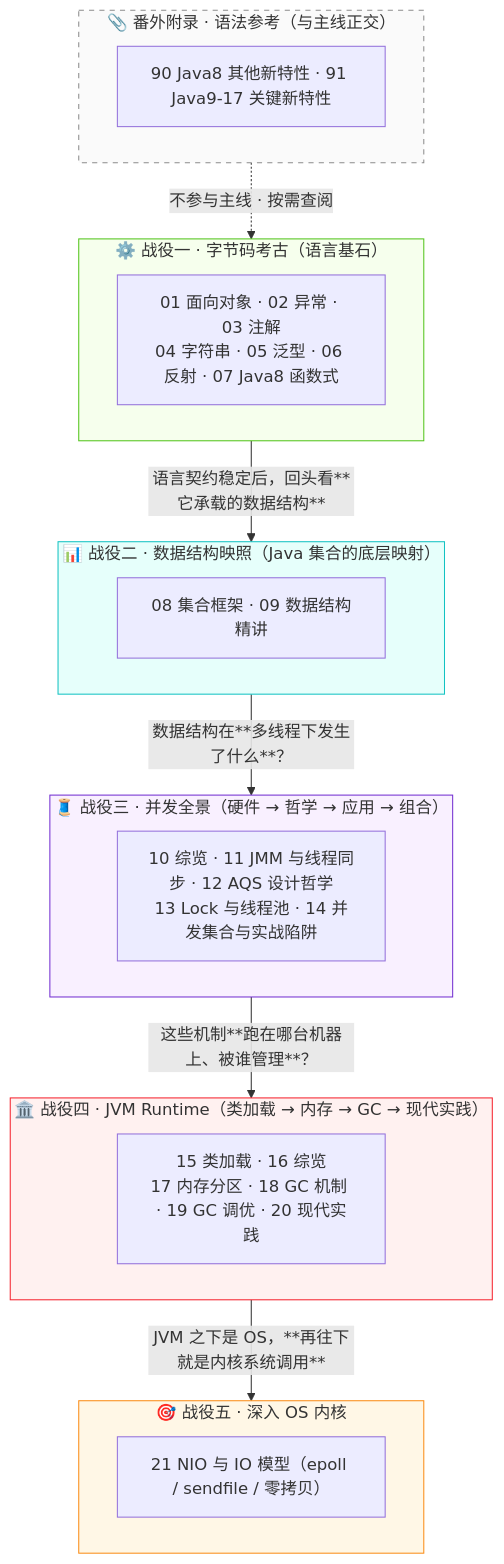
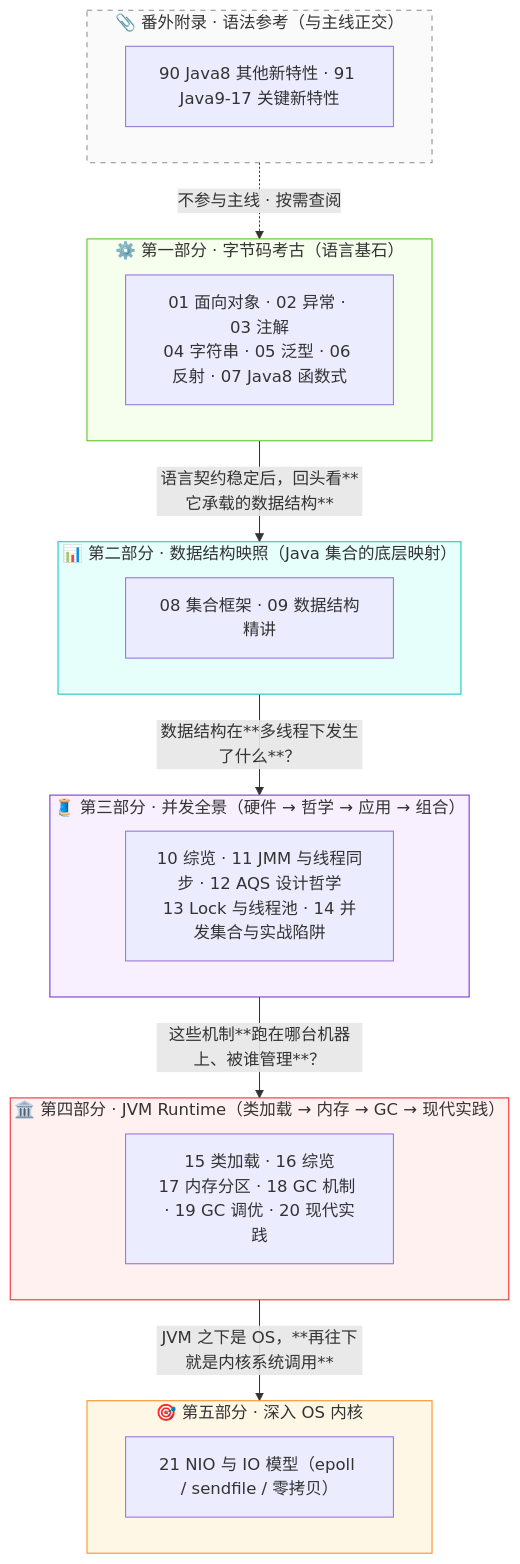
Before and after one commit to b1tzer/b1tzer.github.io: the second of 3 diagrams in docs/01-java-basic/00-Java 物理透视：从字节码剖析到 JVM 内存布局的二十四篇.md, drawn with Mermaid. The commit also changed other lines of this file and 23 other files, not shown here.

````diff
--- a/docs/01-java-basic/00-Java 物理透视：从字节码剖析到 JVM 内存布局的二十四篇.md
+++ b/docs/01-java-basic/00-Java 物理透视：从字节码剖析到 JVM 内存布局的二十四篇.md
@@ -58,39 +52,39 @@
 ```mermaid
 flowchart TB
-    subgraph Z1["⚙️ 战役一 · 字节码考古（语言基石）"]
+    subgraph Z1["⚙️ 第一部分 · 字节码考古（语言基石）"]
         direction LR
         Z11["01 面向对象 · 02 异常 · 03 注解<br/>04 字符串 · 05 泛型 · 06 反射 · 07 Java8 函数式"]
     end
-    subgraph Z2["📊 战役二 · 数据结构映照（Java 集合的底层映射）"]
+    subgraph Z2["📊 第二部分 · 数据结构映照（Java 集合的底层映射）"]
         direction LR
         Z21["08 集合框架 · 09 数据结构精讲"]
     end
-    subgraph Z3["🧵 战役三 · 并发全景（硬件 → 哲学 → 应用 → 组合）"]
+    subgraph Z3["🧵 第三部分 · 并发全景（硬件 → 哲学 → 应用 → 组合）"]
         direction LR
         Z31["10 综览 · 11 JMM 与线程同步 · 12 AQS 设计哲学<br/>13 Lock 与线程池 · 14 并发集合与实战陷阱"]
     end
-    subgraph Z4["🏛️ 战役四 · JVM Runtime（类加载 → 内存 → GC → 现代实践）"]
+    subgraph Z4["🏛️ 第四部分 · JVM Runtime（类加载 → 内存 → GC → 现代实践）"]
         direction LR
         Z41["15 类加载 · 16 综览<br/>17 内存分区 · 18 GC 机制 · 19 GC 调优 · 20 现代实践"]
     end
-    subgraph Z5["🎯 战役五 · 深入 OS 内核"]
+    subgraph Z5["🎯 第五部分 · 深入 OS 内核"]
         direction LR
         Z51["21 NIO 与 IO 模型（epoll / sendfile / 零拷贝）"]
     end
     subgraph ZX["📎 番外附录 · 语法参考（与主线正交）"]
         direction LR
         ZX1["90 Java8 其他新特性 · 91 Java9-17 关键新特性"]
     end
     Z1 -->|"语言契约稳定后，回头看**它承载的数据结构**"| Z2
     Z2 -->|"数据结构在**多线程下发生了什么**？"| Z3
     Z3 -->|"这些机制**跑在哪台机器上、被谁管理**？"| Z4
     Z4 -->|"JVM 之下是 OS，**再往下就是内核系统调用**"| Z5
     ZX -.->|"不参与主线 · 按需查阅"| Z1
 
     style Z1 fill:#f6ffed,stroke:#52c41a
     style Z2 fill:#e6fffb,stroke:#13c2c2
     style Z3 fill:#f9f0ff,stroke:#722ed1
     style Z4 fill:#fff1f0,stroke:#f5222d
     style Z5 fill:#fff7e6,stroke:#fa8c16
     style ZX fill:#fafafa,stroke:#8c8c8c,stroke-dasharray: 5 5
 ```
````
